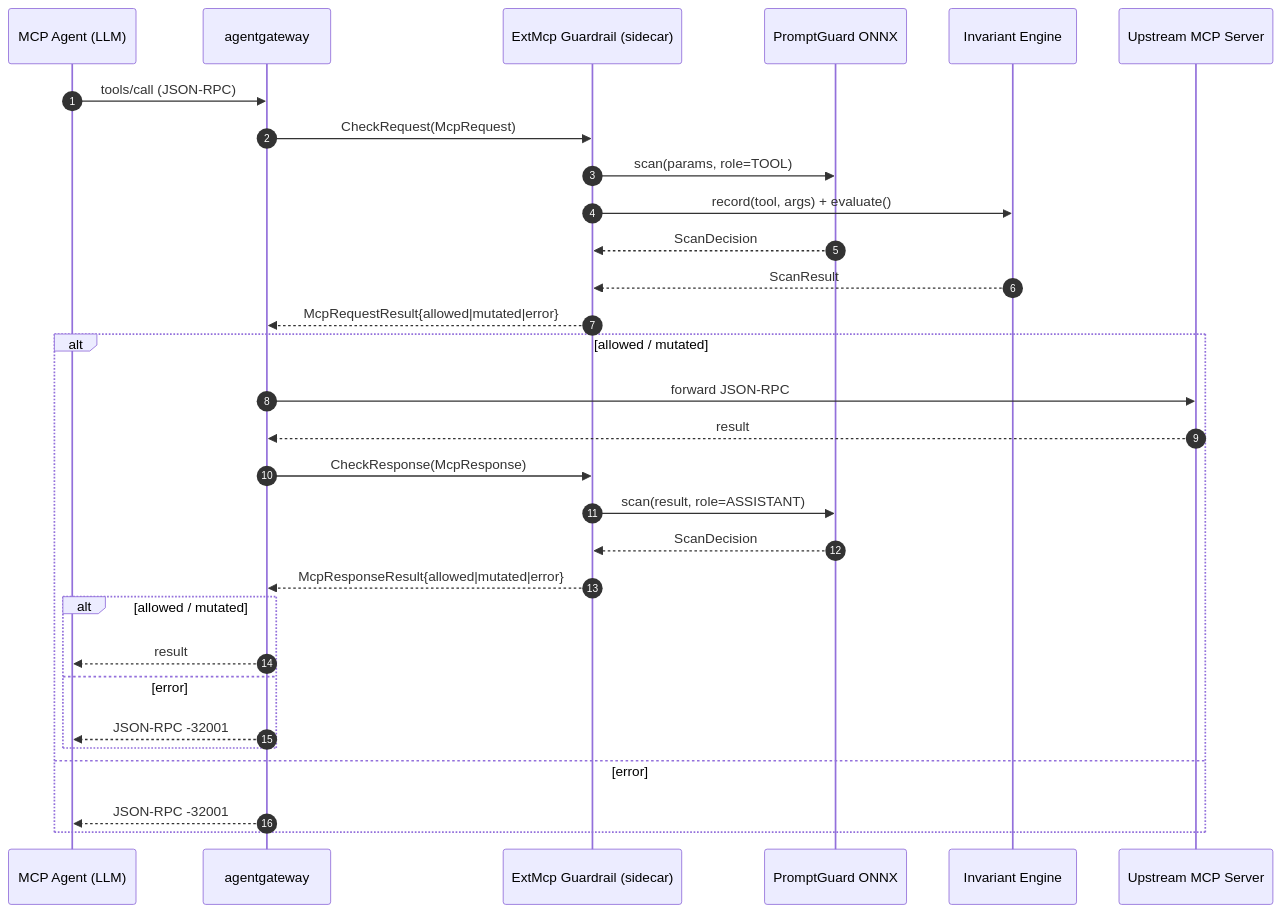
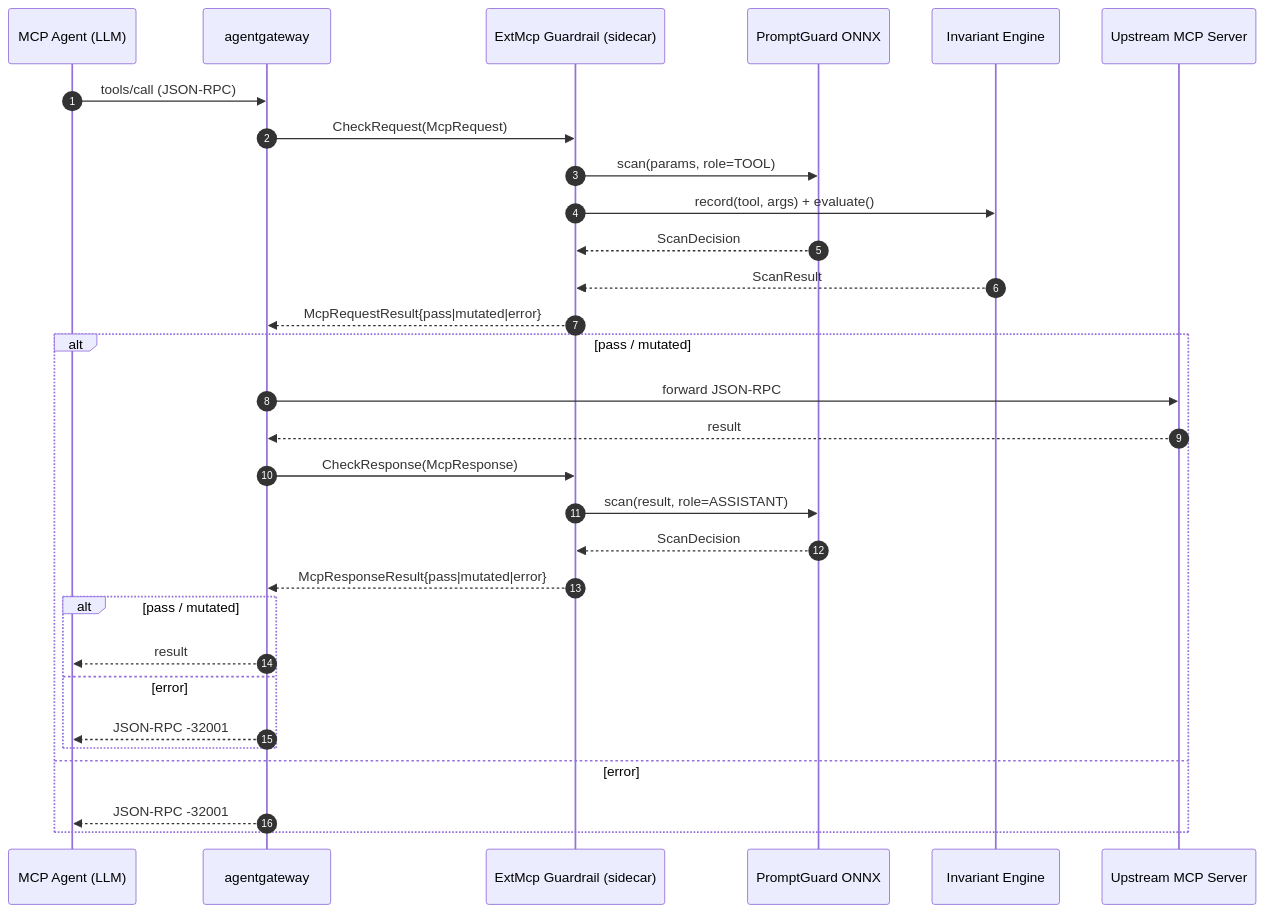
The first of 2 diagrams in ARCHITECTURE.md (soulwhisper/mcp-guardrails), drawn with Mermaid before and after one commit. The commit also changed other lines of this file and 13 other files, not shown here.

````diff
--- a/ARCHITECTURE.md
+++ b/ARCHITECTURE.md
@@ -593,33 +586,33 @@
 ```mermaid
 sequenceDiagram
     autonumber
     participant Agent as MCP Agent (LLM)
     participant GW as agentgateway
     participant Sidecar as ExtMcp Guardrail (sidecar)
     participant PG as PromptGuard ONNX
     participant INV as Invariant Engine
     participant MCP as Upstream MCP Server
 
     Agent->>GW: tools/call (JSON-RPC)
     GW->>Sidecar: CheckRequest(McpRequest)
     Sidecar->>PG: scan(params, role=TOOL)
     Sidecar->>INV: record(tool, args) + evaluate()
     PG-->>Sidecar: ScanDecision
     INV-->>Sidecar: ScanResult
-    Sidecar-->>GW: McpRequestResult{allowed|mutated|error}
-    alt allowed / mutated
+    Sidecar-->>GW: McpRequestResult{pass|mutated|error}
+    alt pass / mutated
         GW->>MCP: forward JSON-RPC
         MCP-->>GW: result
         GW->>Sidecar: CheckResponse(McpResponse)
         Sidecar->>PG: scan(result, role=ASSISTANT)
         PG-->>Sidecar: ScanDecision
-        Sidecar-->>GW: McpResponseResult{allowed|mutated|error}
-        alt allowed / mutated
+        Sidecar-->>GW: McpResponseResult{pass|mutated|error}
+        alt pass / mutated
             GW-->>Agent: result
         else error
             GW-->>Agent: JSON-RPC -32001
         end
     else error
         GW-->>Agent: JSON-RPC -32001
     end
 ```
````
